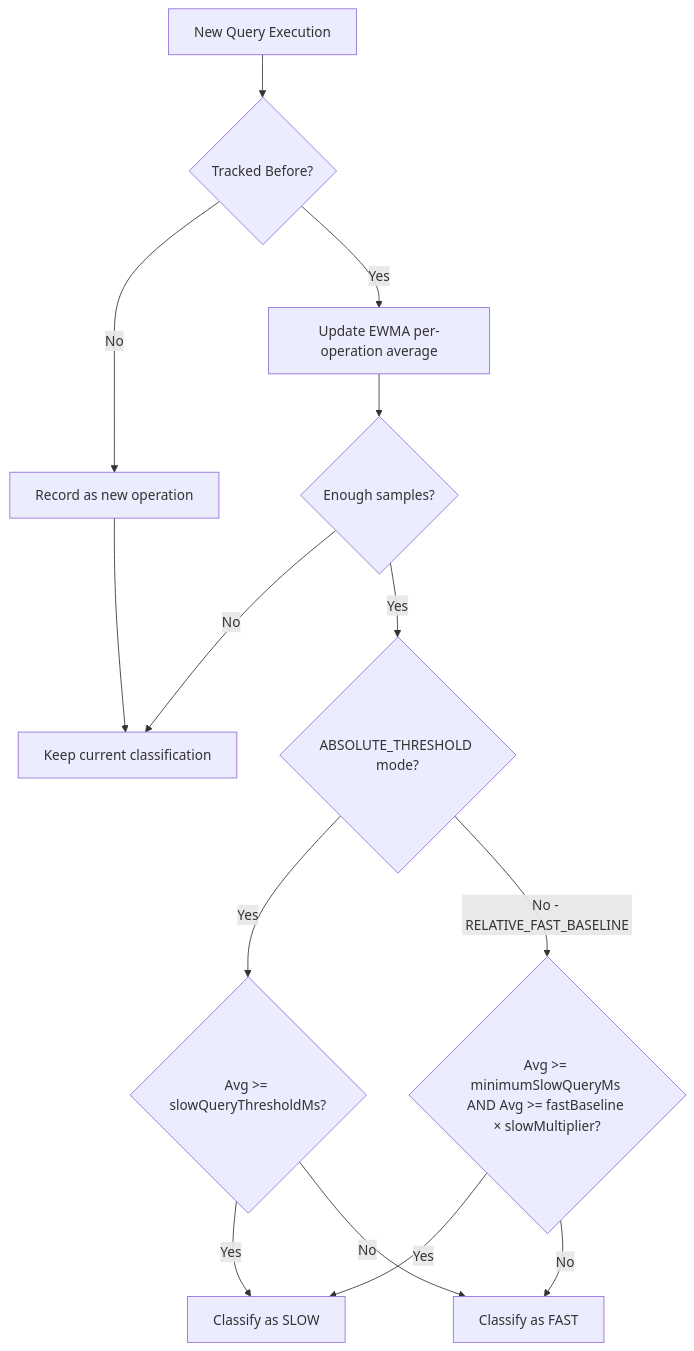
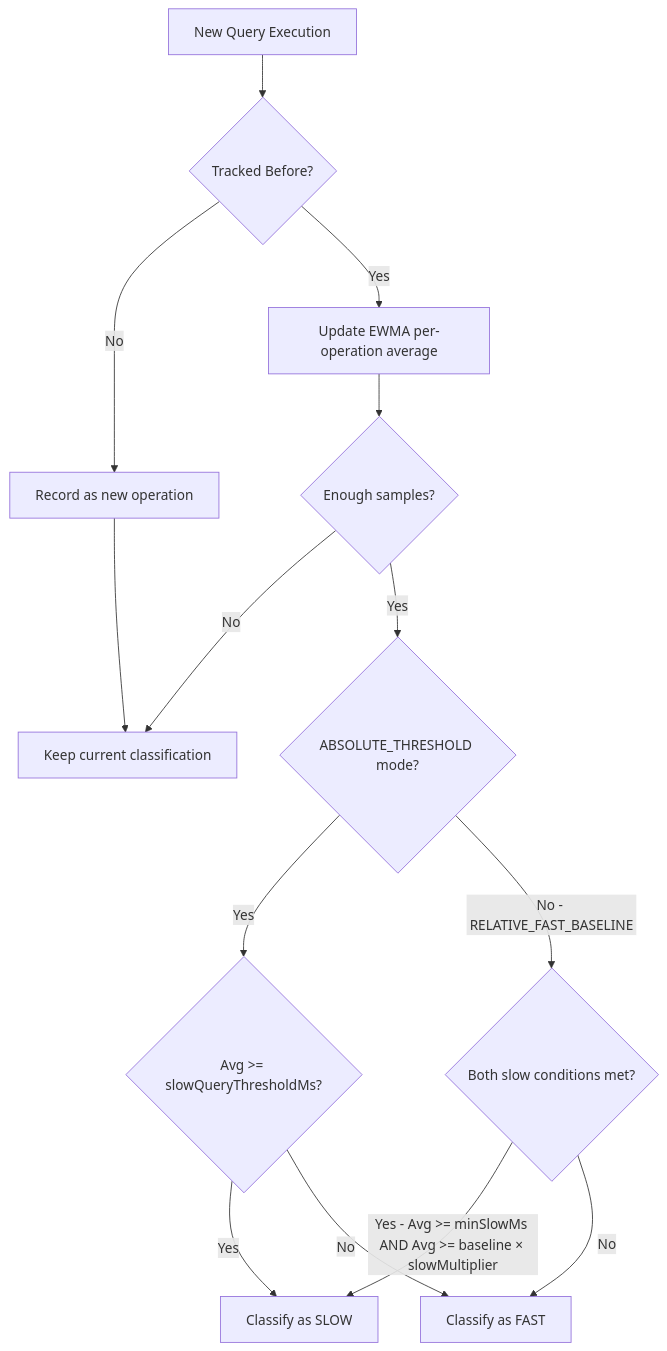
One commit to Open-JDBC-Proxy/ojp changed the second of 5 diagrams in documents/ebook/part3-chapter8-slow-query-segregation.md. Above: the diagram before and after it, drawn with Mermaid. The commit also changed other lines of this file, not shown here.

Commit message:
docs: improve readability of SQS classification description per review feedback

````diff
--- a/documents/ebook/part3-chapter8-slow-query-segregation.md
+++ b/documents/ebook/part3-chapter8-slow-query-segregation.md
@@ -91,16 +91,16 @@
 ```mermaid
 graph TD
     A[New Query Execution] --> B{Tracked Before?}
     B -->|No| C[Record as new operation]
     B -->|Yes| D[Update EWMA per-operation average]
     D --> E{Enough samples?}
     E -->|No| I[Keep current classification]
     E -->|Yes| F{ABSOLUTE_THRESHOLD mode?}
     F -->|Yes| FA{Avg >= slowQueryThresholdMs?}
     FA -->|Yes| G[Classify as SLOW]
     FA -->|No| H[Classify as FAST]
-    F -->|No - RELATIVE_FAST_BASELINE| FB{"Avg >= minimumSlowQueryMs AND Avg >= fastBaseline × slowMultiplier?"}
-    FB -->|Yes| G
+    F -->|No - RELATIVE_FAST_BASELINE| FB{Both slow conditions met?}
+    FB -->|Yes - Avg >= minSlowMs AND Avg >= baseline × slowMultiplier| G
     FB -->|No| H
     C --> I
 ```
````
